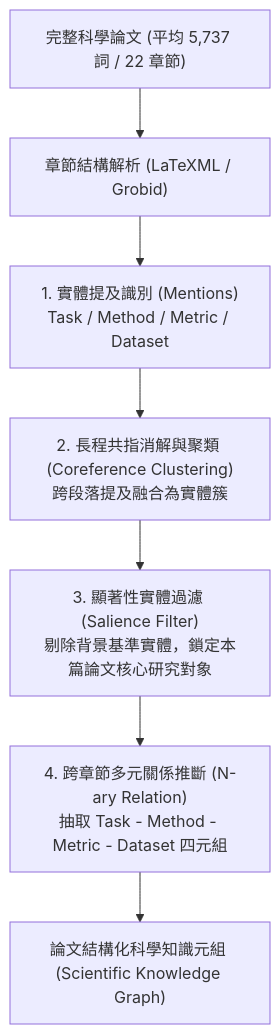
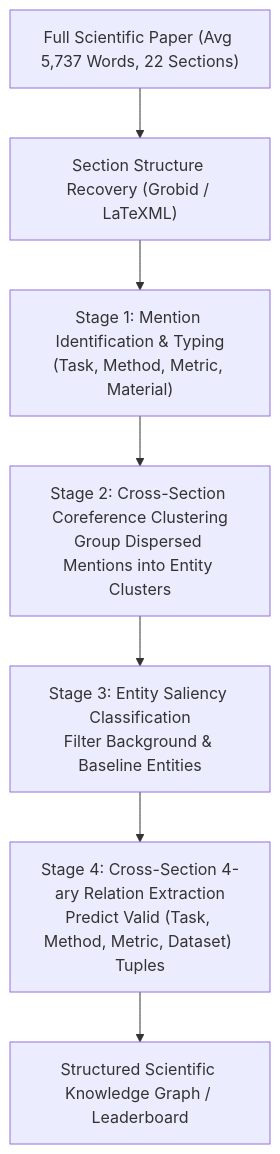
Before and after one commit to Cycl0n3-ga/RAG-survey: the diagram in 03 - 論文庫 (Literature Notes)/04 - Knowledge & Graph RAG/(ACL 2020-07) SciREX - A Challenge Dataset for Document-Level Information Extraction.md, drawn with Mermaid. The commit also changed other lines of this file and 12 other files, not shown here.

Commit message:
docs(notes): 全面完善 D03 Knowledge Extraction 12篇論文筆記與領域對照

````diff
--- a/03 - 論文庫 (Literature Notes)/04 - Knowledge & Graph RAG/(ACL 2020-07) SciREX - A Challenge Dataset for Document-Level Information Extraction.md
+++ b/03 - 論文庫 (Literature Notes)/04 - Knowledge & Graph RAG/(ACL 2020-07) SciREX - A Challenge Dataset for Document-Level Information Extraction.md
@@ -97,13 +124,14 @@
 ```mermaid
 flowchart TD
-    RawPaper["完整科學論文 (平均 5,737 詞 / 22 章節)"] --> SectionParse["章節結構解析 (LaTeXML / Grobid)"]
-    SectionParse --> MentionStep["1. 實體提及識別 (Mentions)<br/>Task / Method / Metric / Dataset"]
+    RawDoc["Full Scientific Paper (Avg 5,737 Words, 22 Sections)"] --> SectionParser["Section Structure Recovery (Grobid / LaTeXML)"]
     
-    MentionStep --> CorefStep["2. 長程共指消解與聚類 (Coreference Clustering)<br/>跨段落提及融合為實體簇"]
+    SectionParser --> MentionStep["Stage 1: Mention Identification & Typing<br/>(Task, Method, Metric, Material)"]
     
-    CorefStep --> SaliencyStep["3. 顯著性實體過濾 (Salience Filter)<br/>剔除背景基準實體，鎖定本篇論文核心研究對象"]
+    MentionStep --> CorefStep["Stage 2: Cross-Section Coreference Clustering<br/>Group Dispersed Mentions into Entity Clusters"]
     
-    SaliencyStep --> RelationStep["4. 跨章節多元關係推斷 (N-ary Relation)<br/>抽取 Task - Method - Metric - Dataset 四元組"]
+    CorefStep --> SaliencyStep["Stage 3: Entity Saliency Classification<br/>Filter Background & Baseline Entities"]
     
-    RelationStep --> SciKG["論文結構化科學知識元組 (Scientific Knowledge Graph)"]
+    SaliencyStep --> RelationStep["Stage 4: Cross-Section 4-ary Relation Extraction<br/>Predict Valid (Task, Method, Metric, Dataset) Tuples"]
+    
+    RelationStep --> KnowledgeOutput["Structured Scientific Knowledge Graph / Leaderboard"]
 ```
````
